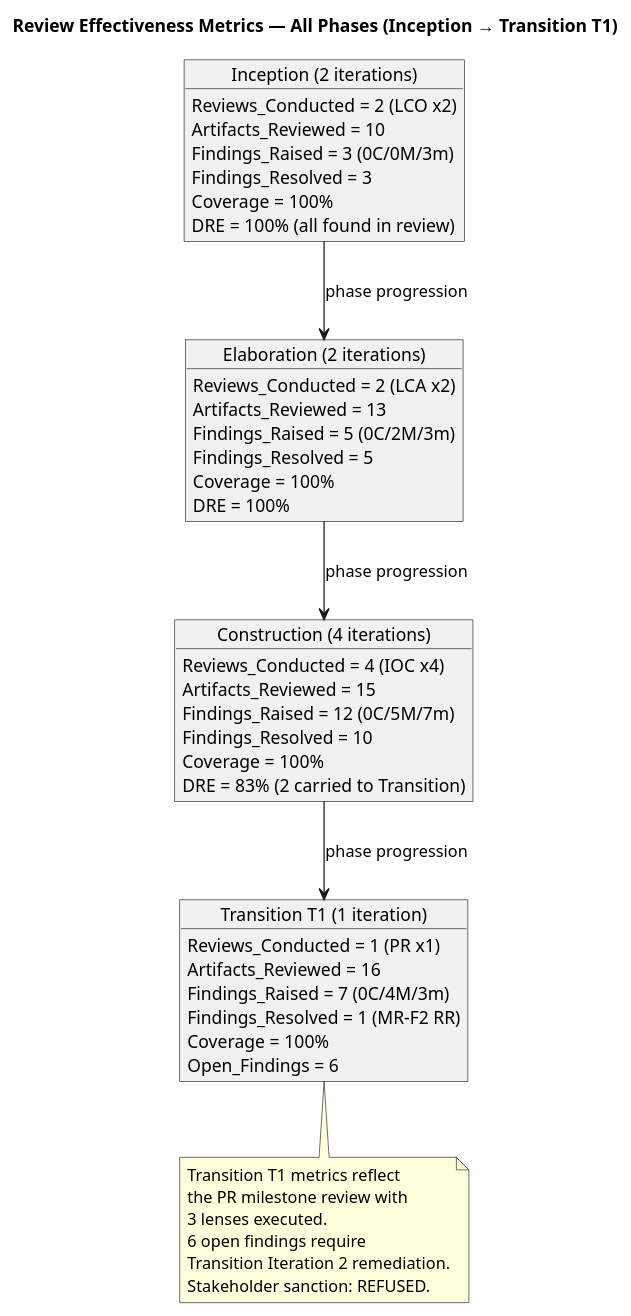
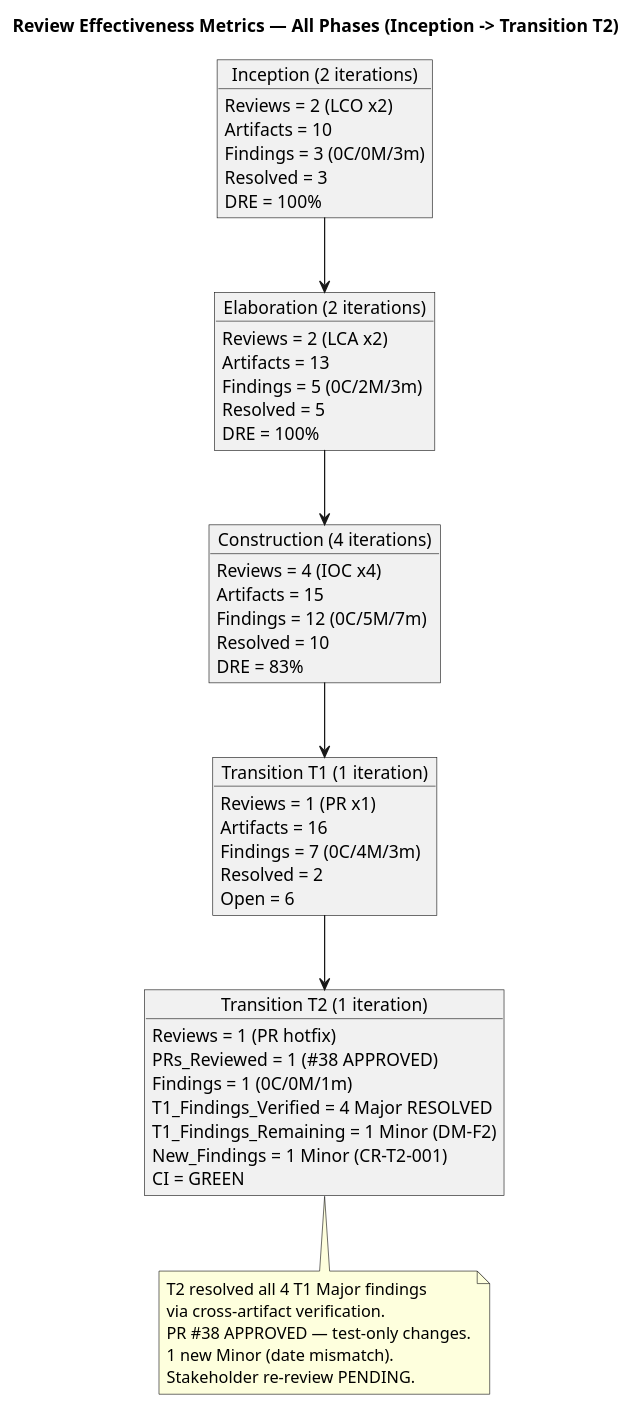
Before and after one commit to banense-test/portal-cuba-corp: the fourth of 4 diagrams in docs/artifacts/project-management/review-record.md, drawn with PlantUML. The commit also changed other lines of this file, not shown here.

First line of the commit message:
Code Reviewer [T2]: upsert Review Record

````diff
--- a/docs/artifacts/project-management/review-record.md
+++ b/docs/artifacts/project-management/review-record.md
@@ -247,60 +282,66 @@
 ```plantuml
 @startuml
-title Review Effectiveness Metrics — All Phases (Inception → Transition T1)
+title Review Effectiveness Metrics — All Phases (Inception -> Transition T2)
 
 skinparam classAttributeIconSize 0
 skinparam classBackgroundColor #F0F4FF
 skinparam classBorderColor #336699
 skinparam shadowing false
 
 object "Inception (2 iterations)" as INC {
-  Reviews_Conducted = 2 (LCO x2)
-  Artifacts_Reviewed = 10
-  Findings_Raised = 3 (0C/0M/3m)
-  Findings_Resolved = 3
-  Coverage = 100%
-  DRE = 100% (all found in review)
+  Reviews = 2 (LCO x2)
+  Artifacts = 10
+  Findings = 3 (0C/0M/3m)
+  Resolved = 3
+  DRE = 100%
 }
 
 object "Elaboration (2 iterations)" as ELA {
-  Reviews_Conducted = 2 (LCA x2)
-  Artifacts_Reviewed = 13
-  Findings_Raised = 5 (0C/2M/3m)
-  Findings_Resolved = 5
-  Coverage = 100%
+  Reviews = 2 (LCA x2)
+  Artifacts = 13
+  Findings = 5 (0C/2M/3m)
+  Resolved = 5
   DRE = 100%
 }
 
 object "Construction (4 iterations)" as CON {
-  Reviews_Conducted = 4 (IOC x4)
-  Artifacts_Reviewed = 15
-  Findings_Raised = 12 (0C/5M/7m)
-  Findings_Resolved = 10
-  Coverage = 100%
-  DRE = 83% (2 carried to Transition)
+  Reviews = 4 (IOC x4)
+  Artifacts = 15
+  Findings = 12 (0C/5M/7m)
+  Resolved = 10
+  DRE = 83%
 }
 
-object "Transition T1 (1 iteration)" as TRA {
-  Reviews_Conducted = 1 (PR x1)
-  Artifacts_Reviewed = 16
-  Findings_Raised = 7 (0C/4M/3m)
-  Findings_Resolved = 1 (MR-F2 RR)
-  Coverage = 100%
-  Open_Findings = 6
+object "Transition T1 (1 iteration)" as TRA1 {
+  Reviews = 1 (PR x1)
+  Artifacts = 16
+  Findings = 7 (0C/4M/3m)
+  Resolved = 2
+  Open = 6
 }
 
-INC --> ELA : phase progression
-ELA --> CON : phase progression
-CON --> TRA : phase progression
+object "Transition T2 (1 iteration)" as TRA2 {
+  Reviews = 1 (PR hotfix)
+  PRs_Reviewed = 1 (#38 APPROVED)
+  Findings = 1 (0C/0M/1m)
+  T1_Findings_Verified = 4 Major RESOLVED
+  T1_Findings_Remaining = 1 Minor (DM-F2)
+  New_Findings = 1 Minor (CR-T2-001)
+  CI = GREEN
+}
 
-note bottom of TRA
-  Transition T1 metrics reflect
-  the PR milestone review with
-  3 lenses executed.
-  6 open findings require
-  Transition Iteration 2 remediation.
-  Stakeholder sanction: REFUSED.
+INC --> ELA
+ELA --> CON
+CON --> TRA1
+TRA1 --> TRA2
+
+note bottom of TRA2
+  T2 resolved all 4 T1 Major findings
+  via cross-artifact verification.
+  PR #38 APPROVED — test-only changes.
+  1 new Minor (date mismatch).
+  Stakeholder re-review PENDING.
 end note
 
 @enduml
 ```
````
